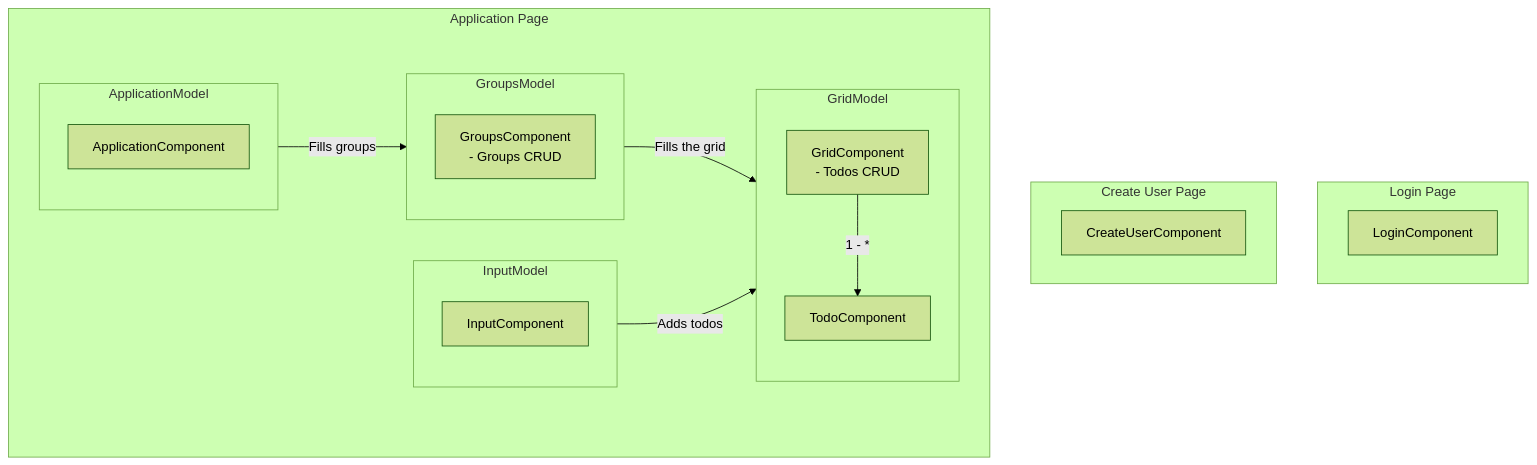
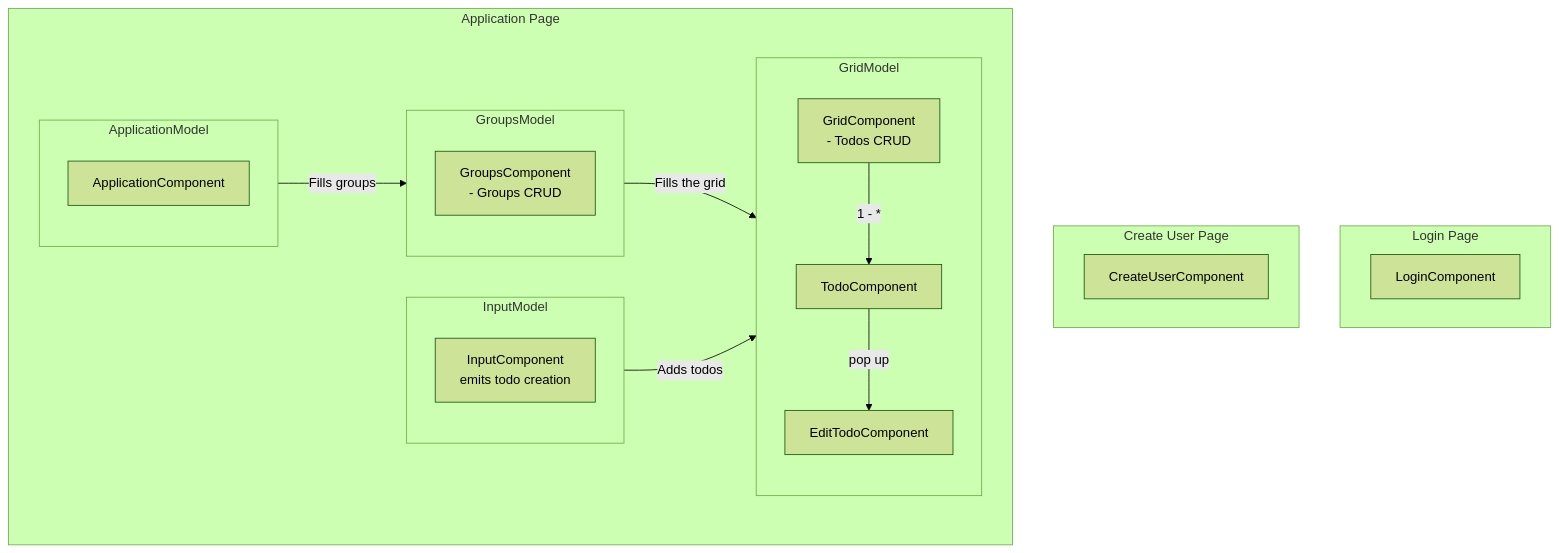
The diagram in README.md (Mateus-Mannes/TodoWebApp), drawn with Mermaid (forest theme) before and after one commit. The commit also changed 2 other files, not shown here.

Commit message:
adding creation and delete logics

````diff
--- a/README.md
+++ b/README.md
@@ -13,38 +13,40 @@
 ``` mermaid
 flowchart TB
   subgraph Login Page
     LoginComponent
   end
 
   subgraph Create User Page
     CreateUserComponent
   end
 
   subgraph Application Page
     
     subgraph ApplicationModel
       ApplicationComponent
     end
     
     subgraph GroupsModel
       GroupsComponent[GroupsComponent \n - Groups CRUD]
     end
 
     ApplicationModel -- Fills groups --> GroupsModel
 
     subgraph GridModel
       GridComponent[GridComponent \n - Todos CRUD]
       -- 1 - * -->
       TodoComponent
+
+      TodoComponent -- pop up -->EditTodoComponent
     end
 
     GroupsModel -- Fills the grid --> GridModel
 
     subgraph InputModel
-      InputComponent
+      InputComponent[InputComponent \n emits todo creation]
     end
 
     InputModel -- Adds todos --> GridModel
 
   end
 ```
````
